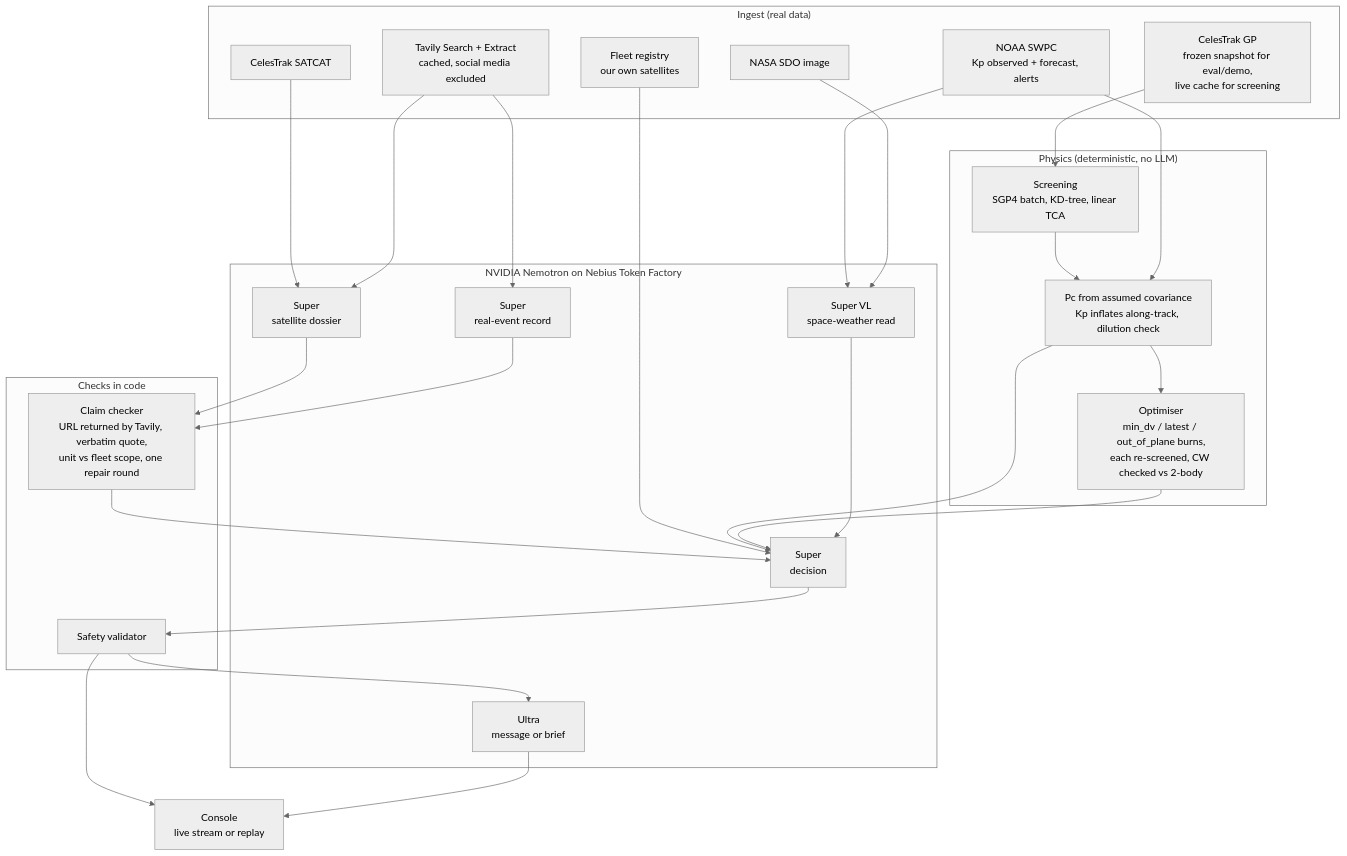
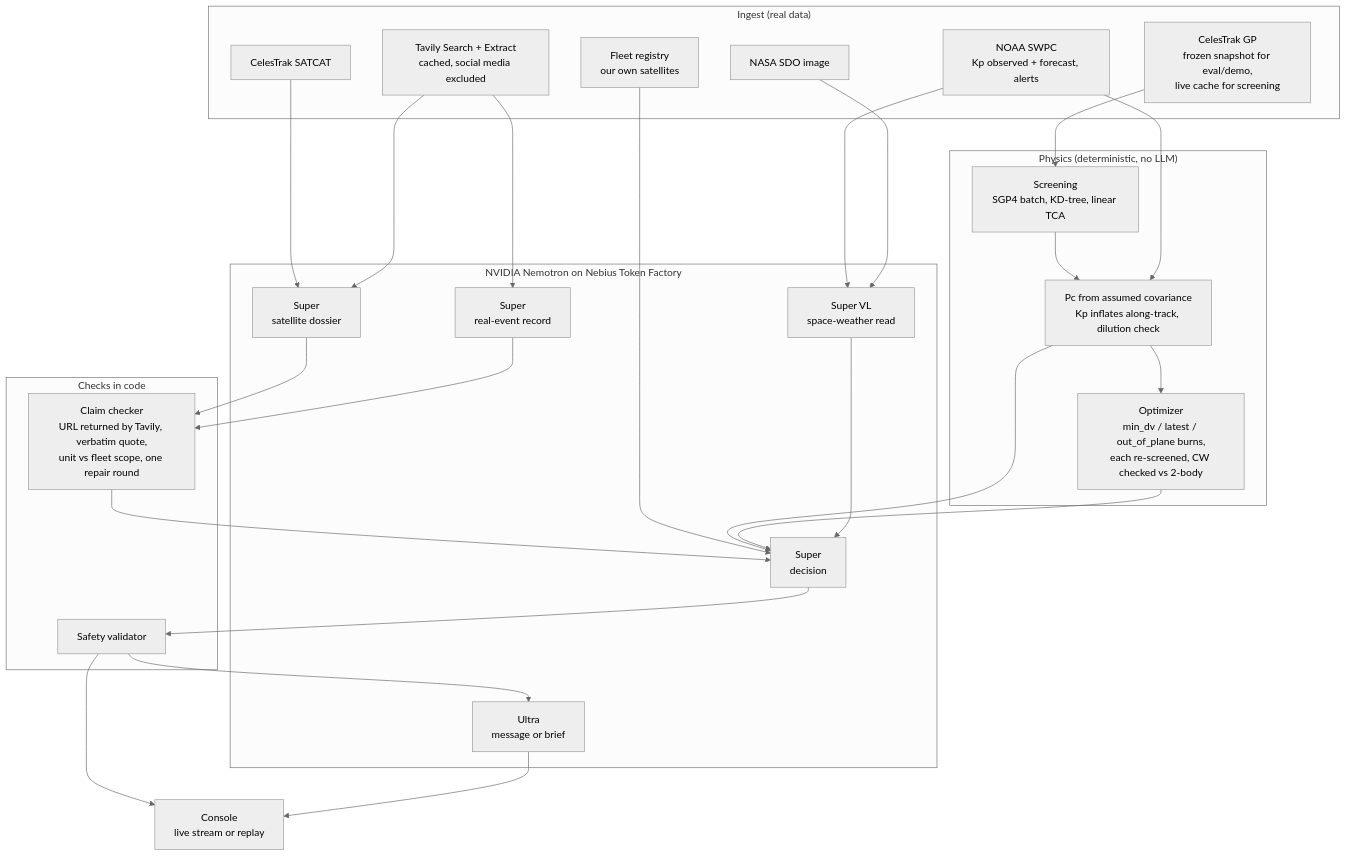
Before and after one commit to youngjun-choi-kr/cric: the second of 2 diagrams in ARCHITECTURE.md, drawn with Mermaid (neutral theme). The commit also changed other lines of this file and 19 other files, not shown here.

````diff
--- a/ARCHITECTURE.md
+++ b/ARCHITECTURE.md
@@ -20,46 +20,46 @@
 ```mermaid
 flowchart TB
     subgraph Ingest["Ingest (real data)"]
         GP[CelesTrak GP<br/>frozen snapshot for eval/demo,<br/>live cache for screening]
         SC[CelesTrak SATCAT]
         NOAA[NOAA SWPC<br/>Kp observed + forecast, alerts]
         SDO[NASA SDO image]
         TV[Tavily Search + Extract<br/>cached, social media excluded]
         FL[Fleet registry<br/>our own satellites]
     end
 
     subgraph Physics["Physics (deterministic, no LLM)"]
         SCR[Screening<br/>SGP4 batch, KD-tree, linear TCA]
         RISK[Pc from assumed covariance<br/>Kp inflates along-track, dilution check]
-        OPT[Optimiser<br/>min_dv / latest / out_of_plane burns,<br/>each re-screened, CW checked vs 2-body]
+        OPT[Optimizer<br/>min_dv / latest / out_of_plane burns,<br/>each re-screened, CW checked vs 2-body]
     end
 
     subgraph Models["NVIDIA Nemotron on Nebius Token Factory"]
         VL[Super VL<br/>space-weather read]
         DOS[Super<br/>satellite dossier]
         DEC[Super<br/>decision]
         ULT[Ultra<br/>message or brief]
         FOR[Super<br/>real-event record]
     end
 
     subgraph Checks["Checks in code"]
         CC[Claim checker<br/>URL returned by Tavily, verbatim quote,<br/>unit vs fleet scope, one repair round]
         VAL[Safety validator]
     end
 
     GP --> SCR --> RISK --> OPT
     NOAA --> RISK
     NOAA --> VL
     SDO --> VL
     SC --> DOS
     TV --> DOS --> CC
     TV --> FOR --> CC
     FL --> DEC
     CC --> DEC
     RISK --> DEC
     OPT --> DEC
     VL --> DEC
     DEC --> VAL --> ULT
     VAL --> UI[Console<br/>live stream or replay]
     ULT --> UI
 ```
````
